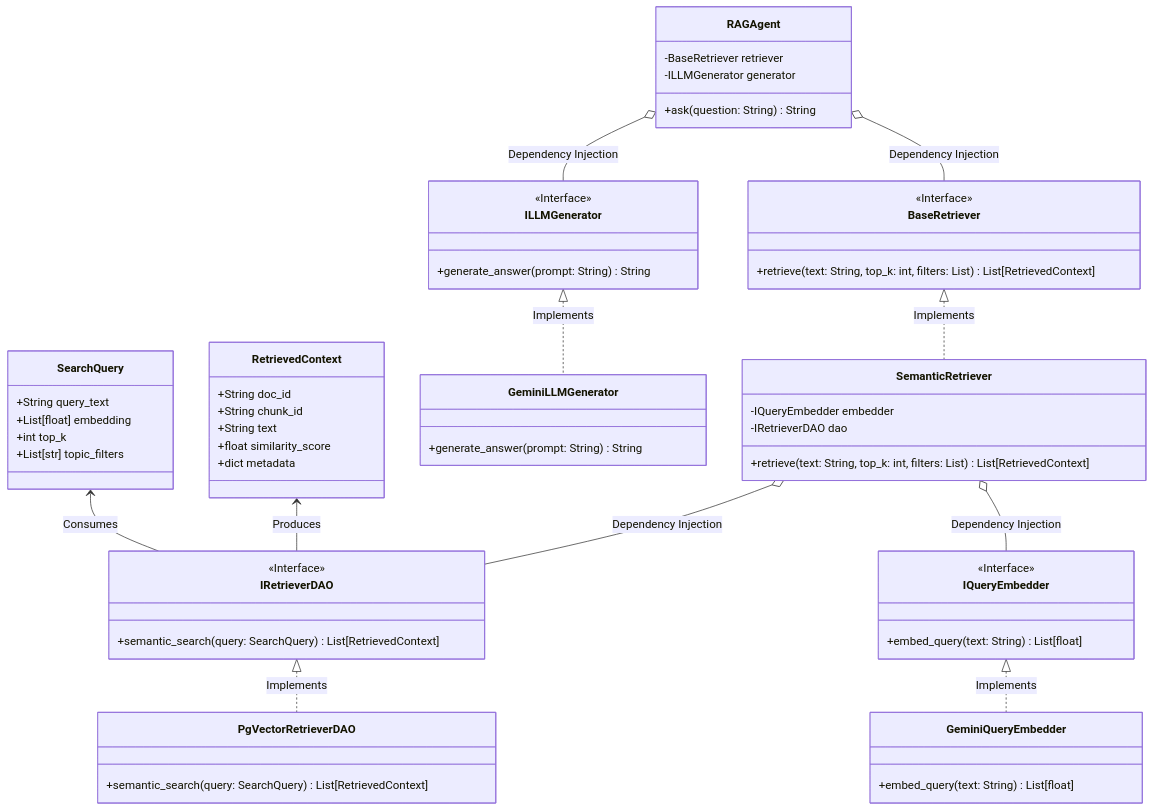
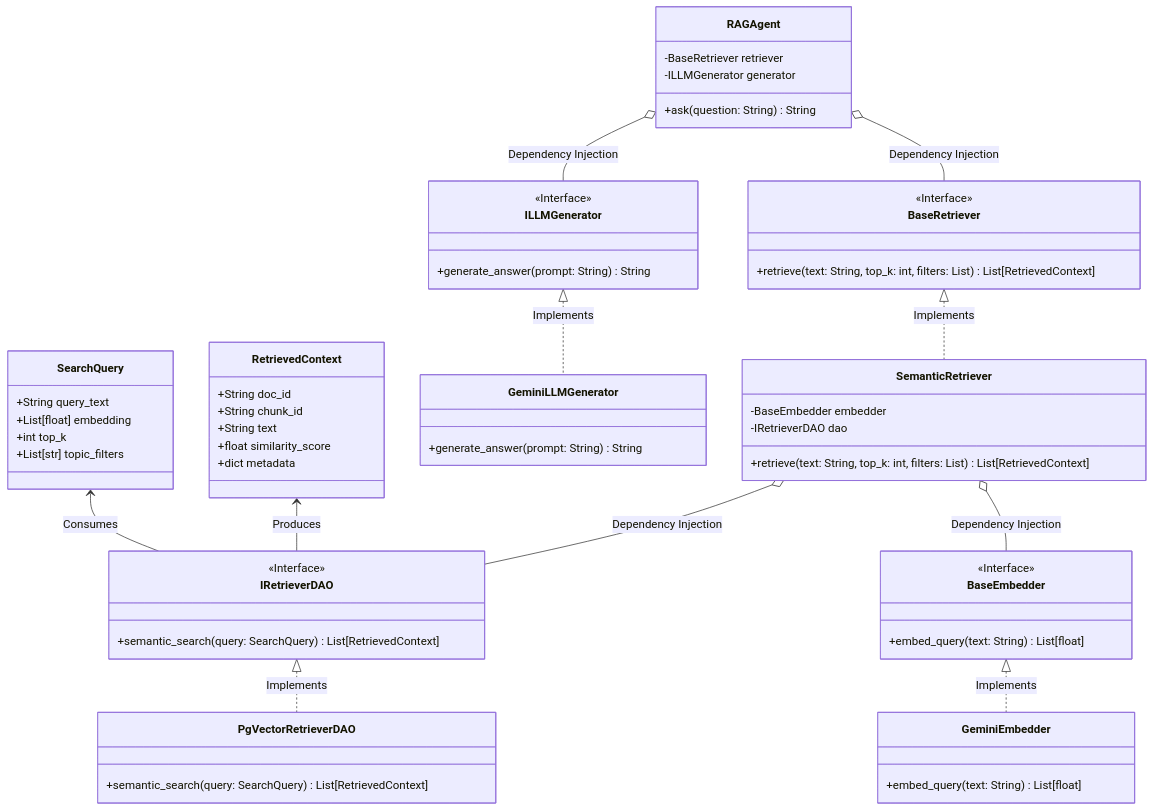
The first of 2 diagrams in docs/phase2_retriever_architecture.md (nvd11/automated-rag-evaluator), drawn with Mermaid before and after one commit. The commit also changed other lines of this file and 2 other files, not shown here.

Commit message:
refactor: reuse GeminiEmbedder for Phase 2 query embedding to align vector spaces

````diff
--- a/docs/phase2_retriever_architecture.md
+++ b/docs/phase2_retriever_architecture.md
@@ -12,79 +12,80 @@
 ```mermaid
 classDiagram
     %% Data Transfer Objects (Domain Layer)
     class SearchQuery {
         +String query_text
         +List[float] embedding
         +int top_k
         +List[str] topic_filters
     }
     
     class RetrievedContext {
         +String doc_id
         +String chunk_id
         +String text
         +float similarity_score
         +dict metadata
     }
 
     %% Interfaces (Contract Layer)
-    class IQueryEmbedder {
+    %% Reusing BaseEmbedder from Ingestion
+    class BaseEmbedder {
         <<Interface>>
         +embed_query(text: String) List[float]
     }
     
     class IRetrieverDAO {
         <<Interface>>
         +semantic_search(query: SearchQuery) List[RetrievedContext]
     }
     
     class ILLMGenerator {
         <<Interface>>
         +generate_answer(prompt: String) String
     }
     
     class BaseRetriever {
         <<Interface>>
         +retrieve(text: String, top_k: int, filters: List) List[RetrievedContext]
     }
 
     %% Implementations (Concrete Layer)
-    class GeminiQueryEmbedder {
+    class GeminiEmbedder {
         +embed_query(text: String) List[float]
     }
     
     class GeminiLLMGenerator {
         +generate_answer(prompt: String) String
     }
     
     class PgVectorRetrieverDAO {
         +semantic_search(query: SearchQuery) List[RetrievedContext]
     }
     
     class SemanticRetriever {
-        -IQueryEmbedder embedder
+        -BaseEmbedder embedder
         -IRetrieverDAO dao
         +retrieve(text: String, top_k: int, filters: List) List[RetrievedContext]
     }
 
     class RAGAgent {
         -BaseRetriever retriever
         -ILLMGenerator generator
         +ask(question: String) String
     }
 
     RAGAgent o-- BaseRetriever : Dependency Injection
     RAGAgent o-- ILLMGenerator : Dependency Injection
     
     %% Relationships
     SearchQuery <-- IRetrieverDAO : Consumes
     RetrievedContext <-- IRetrieverDAO : Produces
     
-    IQueryEmbedder <|.. GeminiQueryEmbedder : Implements
+    BaseEmbedder <|.. GeminiEmbedder : Implements
     IRetrieverDAO <|.. PgVectorRetrieverDAO : Implements
     ILLMGenerator <|.. GeminiLLMGenerator : Implements
     BaseRetriever <|.. SemanticRetriever : Implements
     
-    SemanticRetriever o-- IQueryEmbedder : Dependency Injection
+    SemanticRetriever o-- BaseEmbedder : Dependency Injection
     SemanticRetriever o-- IRetrieverDAO : Dependency Injection
 ```
````
